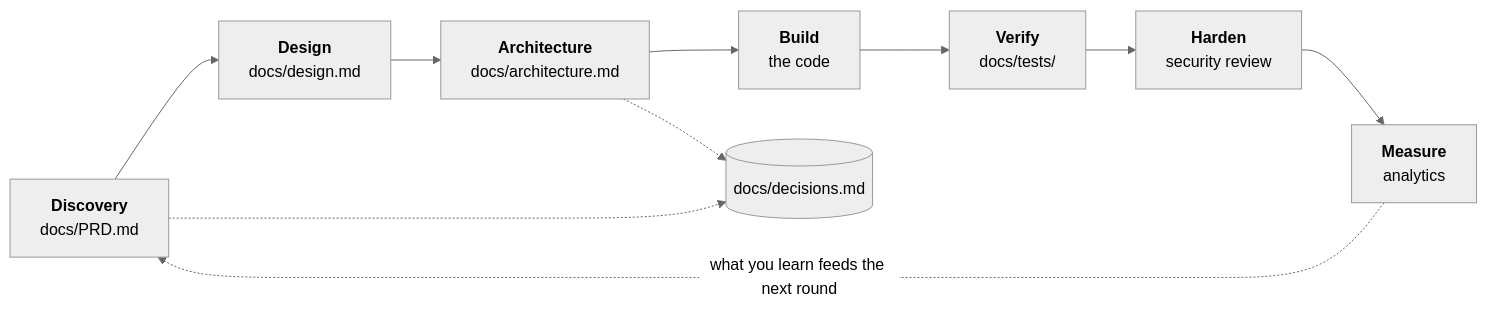
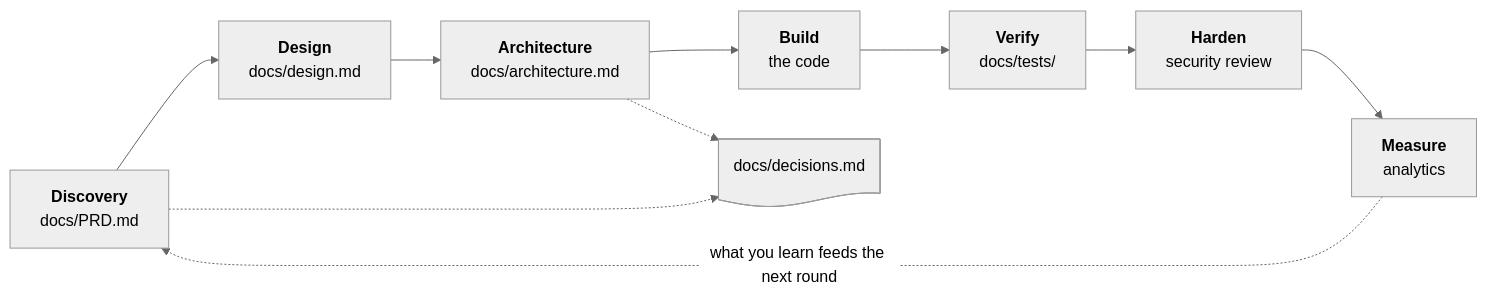
The diagram in README.md (WilsonWordsofWisdom/ClaudeThisIsTheWay), drawn with Mermaid (neutral theme) before and after one commit.

Commit message:
fix shape for mermaid chart

````diff
--- a/README.md
+++ b/README.md
@@ -24,12 +24,12 @@
 ```mermaid
 flowchart LR
     A["<b>Discovery</b><br/>docs/PRD.md"] --> B["<b>Design</b><br/>docs/design.md"]
     B --> C["<b>Architecture</b><br/>docs/architecture.md"]
     C --> D["<b>Build</b><br/>the code"]
     D --> E["<b>Verify</b><br/>docs/tests/"]
     E --> F["<b>Harden</b><br/>security review"]
     F --> G["<b>Measure</b><br/>analytics"]
     G -. "what you learn feeds the next round" .-> A
-    A -.-> H[("docs/decisions.md")] 
+    A -.-> H@{shape: doc, label: "docs/decisions.md"}
     C -.-> H
 ```
````
